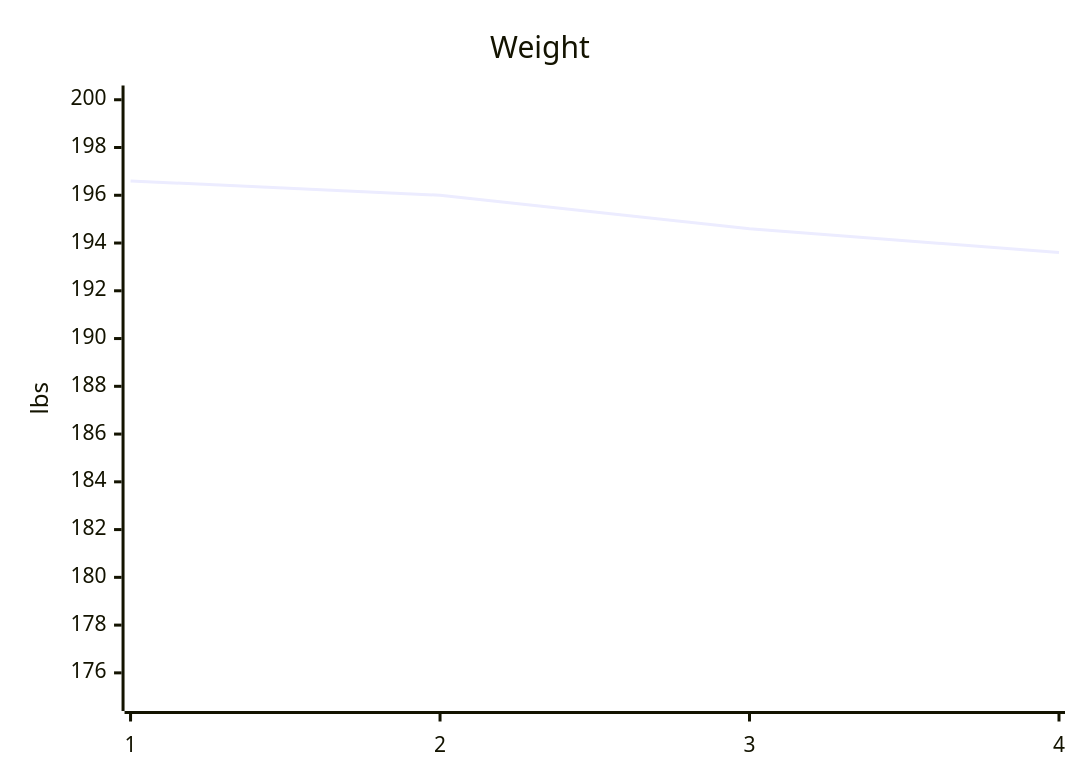
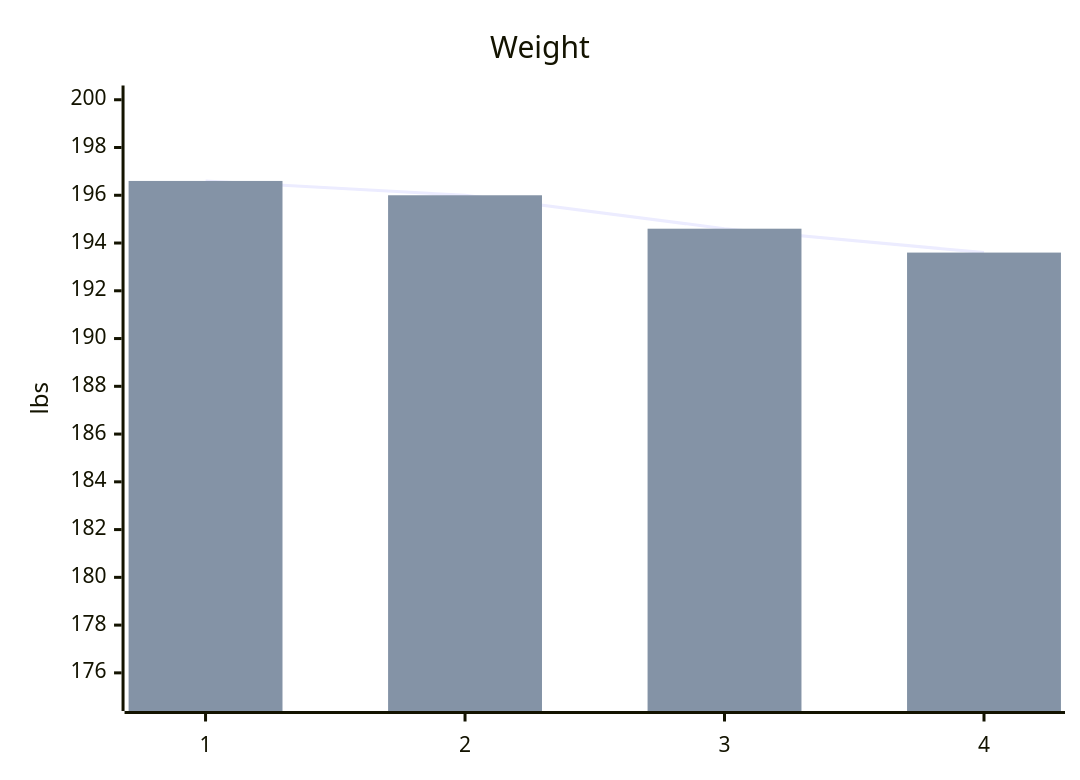
Before and after one commit to stevenelson35/stevenelson35.github.io: the diagram in all_collections/_personal/goals.md, drawn with Mermaid. The commit also changed other lines of this file, not shown here.

```diff
--- a/all_collections/_personal/goals.md
+++ b/all_collections/_personal/goals.md
@@ -11,7 +11,8 @@
 <pre class="mermaid" >
   xychart-beta
     title "Weight" 
     x-axis [1, 2, 3, 4] 
     y-axis "lbs" 175 --> 200
     line [196.6, 196.0, 194.6, 193.6]
+    bar [196.6, 196.0, 194.6, 193.6]
 </pre>
```
